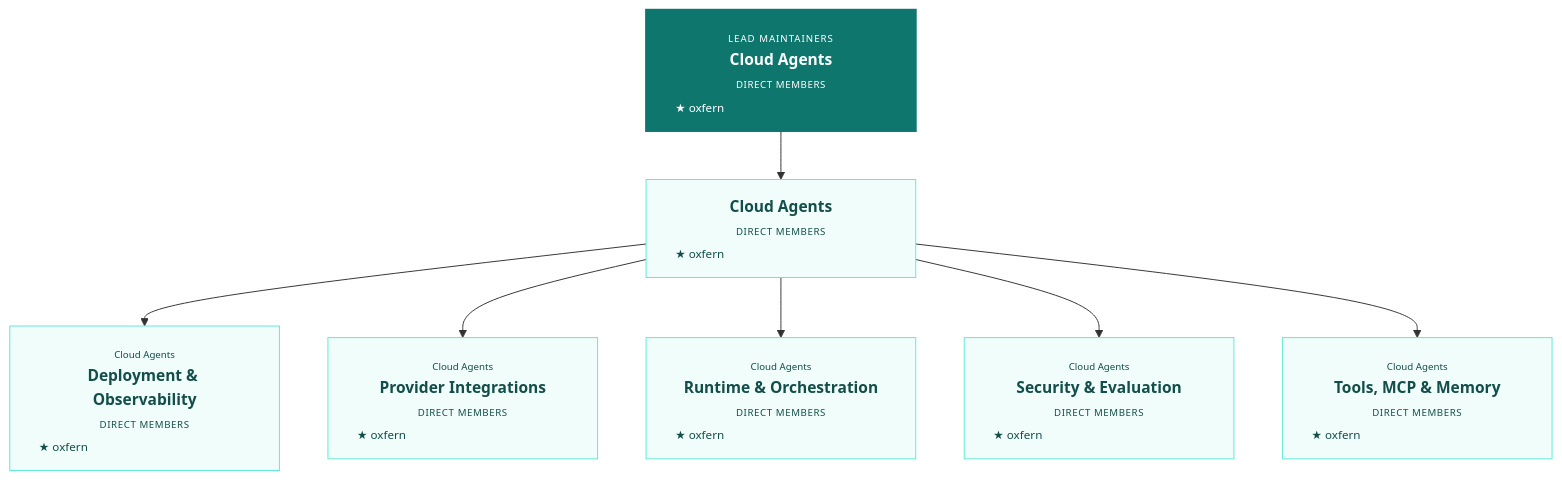
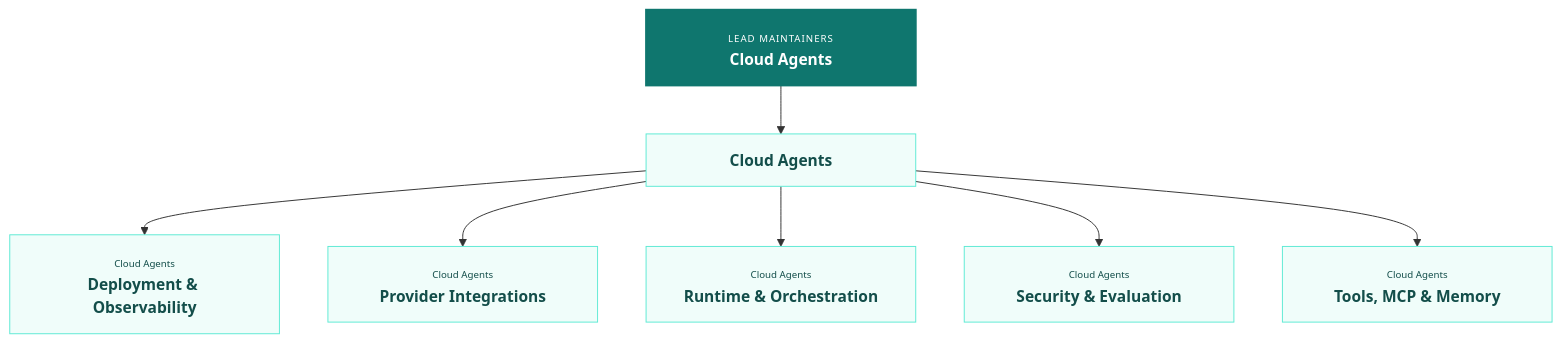
One commit to Pick-Your-AI/.github changed the diagram in docs/organization/snapshots/2026-10-29/area-cloud-agents.mmd. Above: the diagram before and after it, drawn with Mermaid. The commit also changed 53 other files, not shown here.

Commit message:
Remove private membership data from public organization charts

```diff
--- a/docs/organization/snapshots/2026-10-29/area-cloud-agents.mmd
+++ b/docs/organization/snapshots/2026-10-29/area-cloud-agents.mmd
@@ -1,36 +1,36 @@
-%% Live GitHub snapshot 2026-10-30T02:33:56.069534+00:00
-%% Includes all direct members and pending invitees.
+%% Historical team hierarchy captured 2026-10-30T02:33:56.069534+00:00
+%% Public team structure only; personal data excluded.
 flowchart TB
- team_20421513["<div style='width:218px;text-align:center;line-height:1.5'><b>Cloud Agents</b><br/><span style='font-size:10px;letter-spacing:0.6px'>DIRECT MEMBERS</span><div style='font-size:12px;text-align:left;margin-top:5px'>★ oxfern</div></div>"]:::research
- team_20423751["<div style='width:218px;text-align:center;line-height:1.5'><span style='font-size:10px'>Cloud Agents</span><br/><b>Deployment &amp; Observability</b><br/><span style='font-size:10px;letter-spacing:0.6px'>DIRECT MEMBERS</span><div style='font-size:12px;text-align:left;margin-top:5px'>★ oxfern</div></div>"]:::research
- team_20423744["<div style='width:218px;text-align:center;line-height:1.5'><span style='font-size:10px'>Cloud Agents</span><br/><b>Provider Integrations</b><br/><span style='font-size:10px;letter-spacing:0.6px'>DIRECT MEMBERS</span><div style='font-size:12px;text-align:left;margin-top:5px'>★ oxfern</div></div>"]:::research
- team_20423746["<div style='width:218px;text-align:center;line-height:1.5'><span style='font-size:10px'>Cloud Agents</span><br/><b>Runtime &amp; Orchestration</b><br/><span style='font-size:10px;letter-spacing:0.6px'>DIRECT MEMBERS</span><div style='font-size:12px;text-align:left;margin-top:5px'>★ oxfern</div></div>"]:::research
- team_20423749["<div style='width:218px;text-align:center;line-height:1.5'><span style='font-size:10px'>Cloud Agents</span><br/><b>Security &amp; Evaluation</b><br/><span style='font-size:10px;letter-spacing:0.6px'>DIRECT MEMBERS</span><div style='font-size:12px;text-align:left;margin-top:5px'>★ oxfern</div></div>"]:::research
- team_20423747["<div style='width:218px;text-align:center;line-height:1.5'><span style='font-size:10px'>Cloud Agents</span><br/><b>Tools, MCP &amp; Memory</b><br/><span style='font-size:10px;letter-spacing:0.6px'>DIRECT MEMBERS</span><div style='font-size:12px;text-align:left;margin-top:5px'>★ oxfern</div></div>"]:::research
- team_20421514["<div style='width:218px;text-align:center;line-height:1.5'><span style='font-size:10px;letter-spacing:1px'>LEAD MAINTAINERS</span><br/><b>Cloud Agents</b><br/><span style='font-size:10px;letter-spacing:0.6px'>DIRECT MEMBERS</span><div style='font-size:12px;text-align:left;margin-top:5px'>★ oxfern</div></div>"]:::researchLead
+ team_20421513["<div style='width:218px;text-align:center;line-height:1.5'><b>Cloud Agents</b></div>"]:::research
+ team_20423751["<div style='width:218px;text-align:center;line-height:1.5'><span style='font-size:10px'>Cloud Agents</span><br/><b>Deployment &amp; Observability</b></div>"]:::research
+ team_20423744["<div style='width:218px;text-align:center;line-height:1.5'><span style='font-size:10px'>Cloud Agents</span><br/><b>Provider Integrations</b></div>"]:::research
+ team_20423746["<div style='width:218px;text-align:center;line-height:1.5'><span style='font-size:10px'>Cloud Agents</span><br/><b>Runtime &amp; Orchestration</b></div>"]:::research
+ team_20423749["<div style='width:218px;text-align:center;line-height:1.5'><span style='font-size:10px'>Cloud Agents</span><br/><b>Security &amp; Evaluation</b></div>"]:::research
+ team_20423747["<div style='width:218px;text-align:center;line-height:1.5'><span style='font-size:10px'>Cloud Agents</span><br/><b>Tools, MCP &amp; Memory</b></div>"]:::research
+ team_20421514["<div style='width:218px;text-align:center;line-height:1.5'><span style='font-size:10px;letter-spacing:1px'>LEAD MAINTAINERS</span><br/><b>Cloud Agents</b></div>"]:::researchLead
  team_20421514 --> team_20421513
  team_20421513 --> team_20423751
  team_20421513 --> team_20423744
  team_20421513 --> team_20423746
  team_20421513 --> team_20423749
  team_20421513 --> team_20423747
 
  classDef owner fill:#102f3e,stroke:#102f3e,color:#fff,stroke-width:2px;
  classDef governance fill:#edf2f7,stroke:#94a3b8,color:#243c4b;
  classDef researchLead fill:#0f766e,stroke:#0f766e,color:#fff,stroke-width:2px;
  classDef research fill:#f0fdfa,stroke:#5eead4,color:#134e4a;
  classDef webLead fill:#1d4ed8,stroke:#1d4ed8,color:#fff,stroke-width:2px;
  classDef web fill:#eff6ff,stroke:#93c5fd,color:#1e3a8a;
  classDef mobileLead fill:#6d28d9,stroke:#6d28d9,color:#fff,stroke-width:2px;
  classDef mobile fill:#f5f3ff,stroke:#c4b5fd,color:#4c1d95;
  classDef educationLead fill:#c2410c,stroke:#c2410c,color:#fff,stroke-width:2px;
  classDef education fill:#fff7ed,stroke:#fdba74,color:#7c2d12;
  classDef community fill:#fffbeb,stroke:#fbbf24,color:#78350f;
 
  click team_20421513 "https://github.com/orgs/Pick-Your-AI/teams/cloud-agents" "Cloud Agents" _blank
  click team_20423751 "https://github.com/orgs/Pick-Your-AI/teams/cloud-agents-deployment-observability" "Cloud Agents - Deployment &amp; Observability" _blank
  click team_20423744 "https://github.com/orgs/Pick-Your-AI/teams/cloud-agents-provider-integrations" "Cloud Agents - Provider Integrations" _blank
  click team_20423746 "https://github.com/orgs/Pick-Your-AI/teams/cloud-agents-runtime-orchestration" "Cloud Agents - Runtime &amp; Orchestration" _blank
  click team_20423749 "https://github.com/orgs/Pick-Your-AI/teams/cloud-agents-security-evaluation" "Cloud Agents - Security &amp; Evaluation" _blank
  click team_20423747 "https://github.com/orgs/Pick-Your-AI/teams/cloud-agents-tools-mcp-memory" "Cloud Agents - Tools, MCP &amp; Memory" _blank
  click team_20421514 "https://github.com/orgs/Pick-Your-AI/teams/lead-maintainers-cloud-agents" "Lead Maintainers - Cloud Agents" _blank
```
